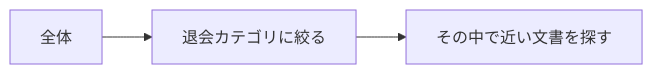
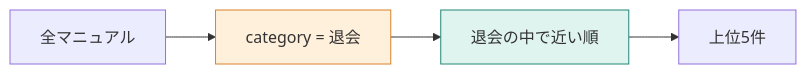
The diagram in books/cd019af39edb03/07-metadata-filter.md (kouji0705/rag-study), drawn with Mermaid before and after one commit. The commit also changed other lines of this file and 1 other file, not shown here.

````diff
--- a/books/cd019af39edb03/07-metadata-filter.md
+++ b/books/cd019af39edb03/07-metadata-filter.md
@@ -23,4 +7,7 @@
 ```mermaid
 flowchart LR
-    A["全体"] --> B["退会カテゴリに絞る"] --> C["その中で近い文書を探す"]
+    A["全マニュアル"] --> F["category = 退会"]
+    F --> S["退会の中で近い順"] --> R["上位5件"]
+    style F fill:#fff0db,stroke:#d9822b
+    style S fill:#dff4ef,stroke:#228678
 ```
````
